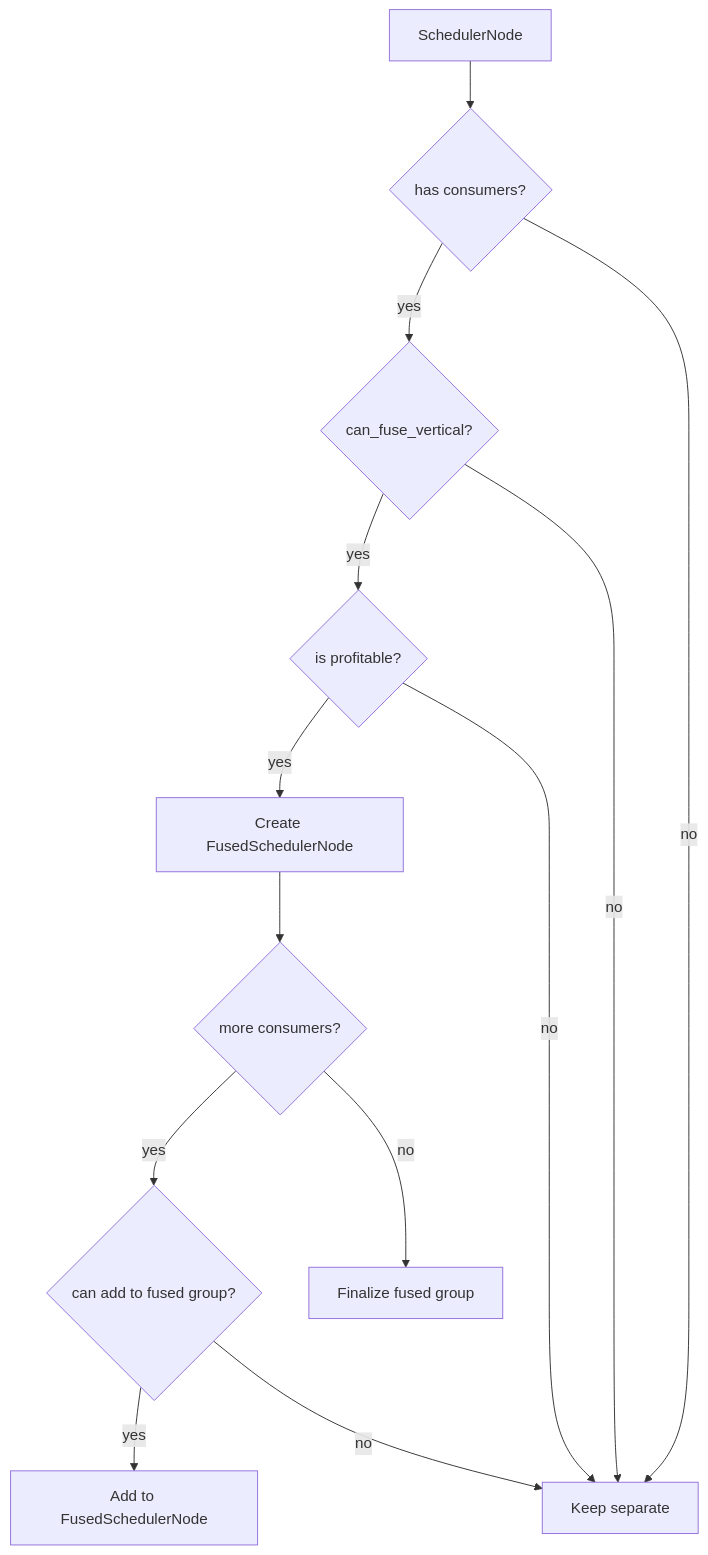
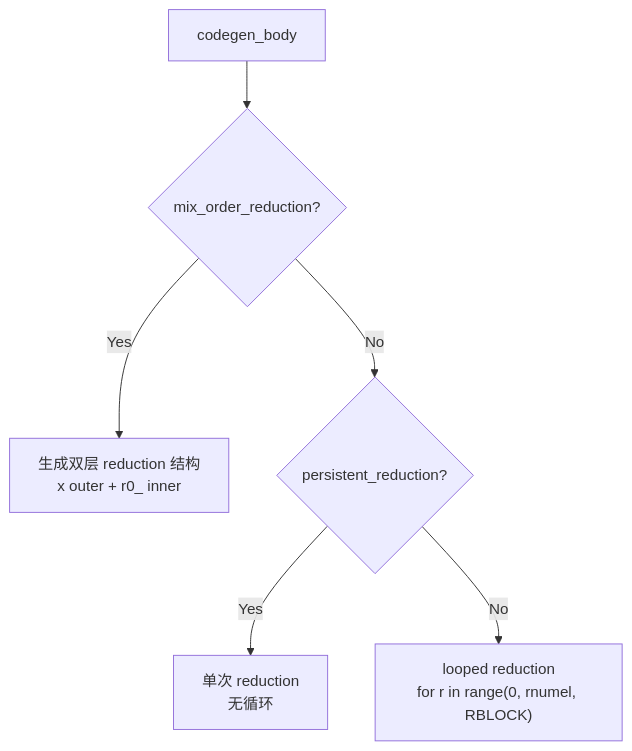
Before and after one commit to Allen-C-Guan/Pytorch-Inductor-Tutorial: the sixth of 7 diagrams in Introduction/compiler_view_tutorial/ch07_fusion.md, drawn with Mermaid. The commit also changed other lines of this file and 1 other file, not shown here.

````diff
--- a/Introduction/compiler_view_tutorial/ch07_fusion.md
+++ b/Introduction/compiler_view_tutorial/ch07_fusion.md
@@ -217,16 +636,8 @@
 ```mermaid
-flowchart TD
-    A[SchedulerNode] --> B{has consumers?}
-    B -->|yes| C{can_fuse_vertical?}
-    C -->|yes| D{is profitable?}
-    D -->|yes| E[Create FusedSchedulerNode]
-    D -->|no| F[Keep separate]
-    C -->|no| F
-    B -->|no| F
-
-    E --> G{more consumers?}
-    G -->|yes| H{can add to fused group?}
-    H -->|yes| I[Add to FusedSchedulerNode]
-    H -->|no| F
-    G -->|no| J[Finalize fused group]
+graph TD
+    A[codegen_body] --> B{mix_order_reduction?}
+    B -->|Yes| C["生成双层 reduction 结构<br>x outer + r0_ inner"]
+    B -->|No| D{persistent_reduction?}
+    D -->|Yes| E["单次 reduction<br>无循环"]
+    D -->|No| F["looped reduction<br>for r in range(0, rnumel, RBLOCK)"]
 ```
````
